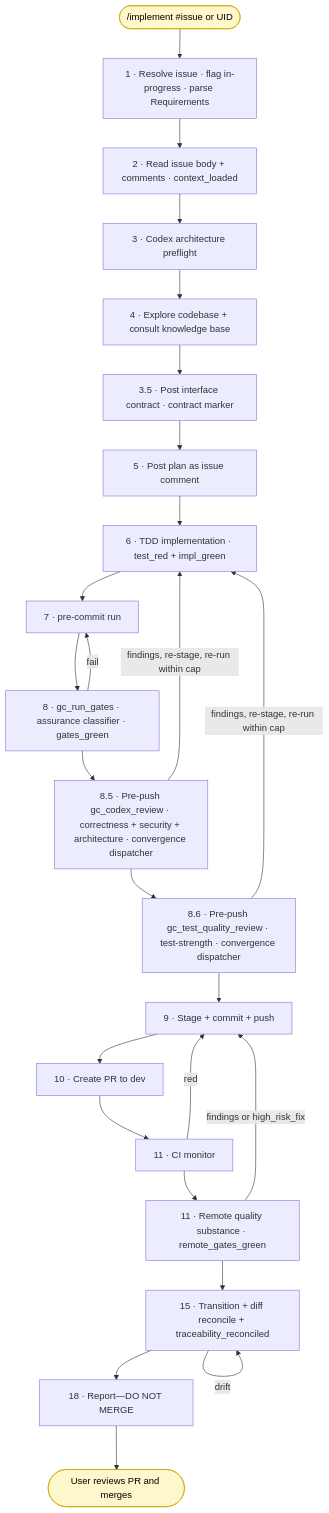
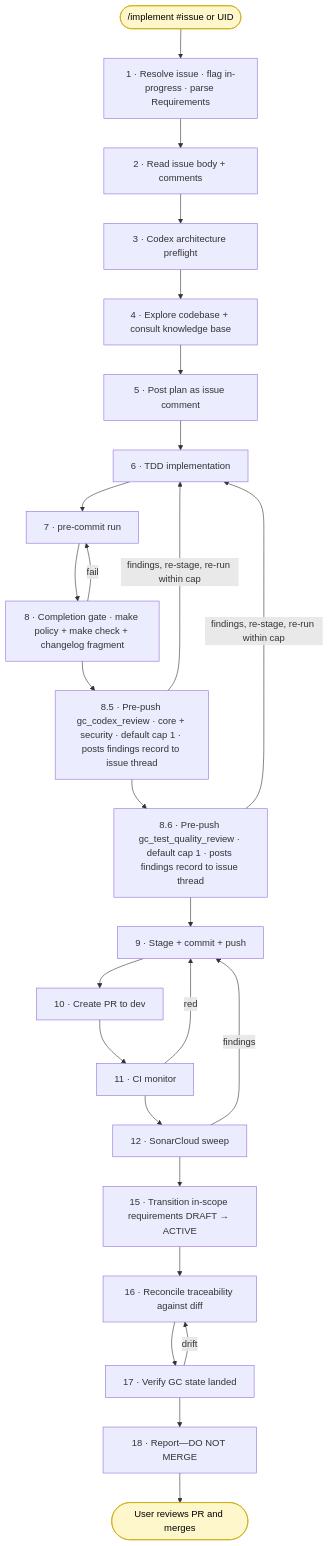
One commit to Brad-Edwards/Ground-Control changed the diagram in docs/DEVELOPMENT_WORKFLOW.md. Above: the diagram before and after it, drawn with Mermaid. The commit also changed other lines of this file and 24 other files, not shown here.

````diff
--- a/docs/DEVELOPMENT_WORKFLOW.md
+++ b/docs/DEVELOPMENT_WORKFLOW.md
@@ -454,51 +137,53 @@
 ```mermaid
 flowchart TB
   Start([/implement #issue or UID])
   S1[1 · Resolve issue · flag in-progress · parse Requirements]
-  S2[2 · Read issue body + comments · context_loaded]
+  S2[2 · Read issue body + comments]
   S3[3 · Codex architecture preflight]
   S4[4 · Explore codebase + consult knowledge base]
-  S4b[3.5 · Post interface contract · contract marker]
   S5[5 · Post plan as issue comment]
-  S6[6 · TDD implementation · test_red + impl_green]
+  S6[6 · TDD implementation]
   S7[7 · pre-commit run]
-  S8[8 · gc_run_gates · assurance classifier · gates_green]
-  S8b[8.5 · Pre-push gc_codex_review · correctness + security + architecture · convergence dispatcher]
-  S8c[8.6 · Pre-push gc_test_quality_review · test-strength · convergence dispatcher]
+  S8[8 · Completion gate · make policy + make check + changelog fragment]
+  S8b[8.5 · Pre-push gc_codex_review · core + security · default cap 1 · posts findings record to issue thread]
+  S8c[8.6 · Pre-push gc_test_quality_review · default cap 1 · posts findings record to issue thread]
   S9[9 · Stage + commit + push]
   S10[10 · Create PR to dev]
   S11[11 · CI monitor]
-  S12[11 · Remote quality substance · remote_gates_green]
-  S15[15 · Transition + diff reconcile + traceability_reconciled]
+  S12[12 · SonarCloud sweep]
+  S15[15 · Transition in-scope requirements DRAFT → ACTIVE]
+  S16[16 · Reconcile traceability against diff]
+  S17[17 · Verify GC state landed]
   S18[18 · Report—DO NOT MERGE]
   End([User reviews PR and merges])
 
   Start --> S1
   S1 --> S2
   S2 --> S3
   S3 --> S4
-  S4 --> S4b
-  S4b --> S5
+  S4 --> S5
   S5 --> S6
   S6 --> S7
   S7 --> S8
   S8 --> S8b
   S8b --> S8c
   S8c --> S9
   S9 --> S10
   S10 --> S11
   S11 --> S12
   S12 --> S15
-  S15 --> S18
+  S15 --> S16
+  S16 --> S17
+  S17 --> S18
   S18 --> End
 
   S8 -->|fail| S7
   S8b -->|findings, re-stage, re-run within cap| S6
   S8c -->|findings, re-stage, re-run within cap| S6
   S11 -->|red| S9
-  S12 -->|findings or high_risk_fix| S9
-  S15 -->|drift| S15
+  S12 -->|findings| S9
+  S17 -->|drift| S16
 
   classDef user fill:#fff7cc,stroke:#c9a900,color:#000
   class Start,End user
 ```
````
